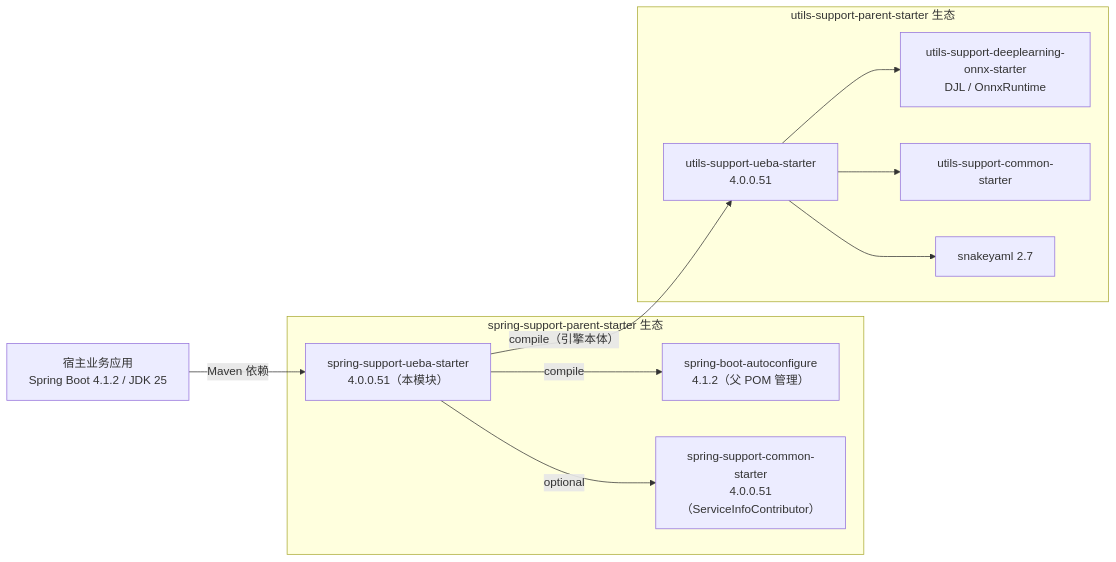
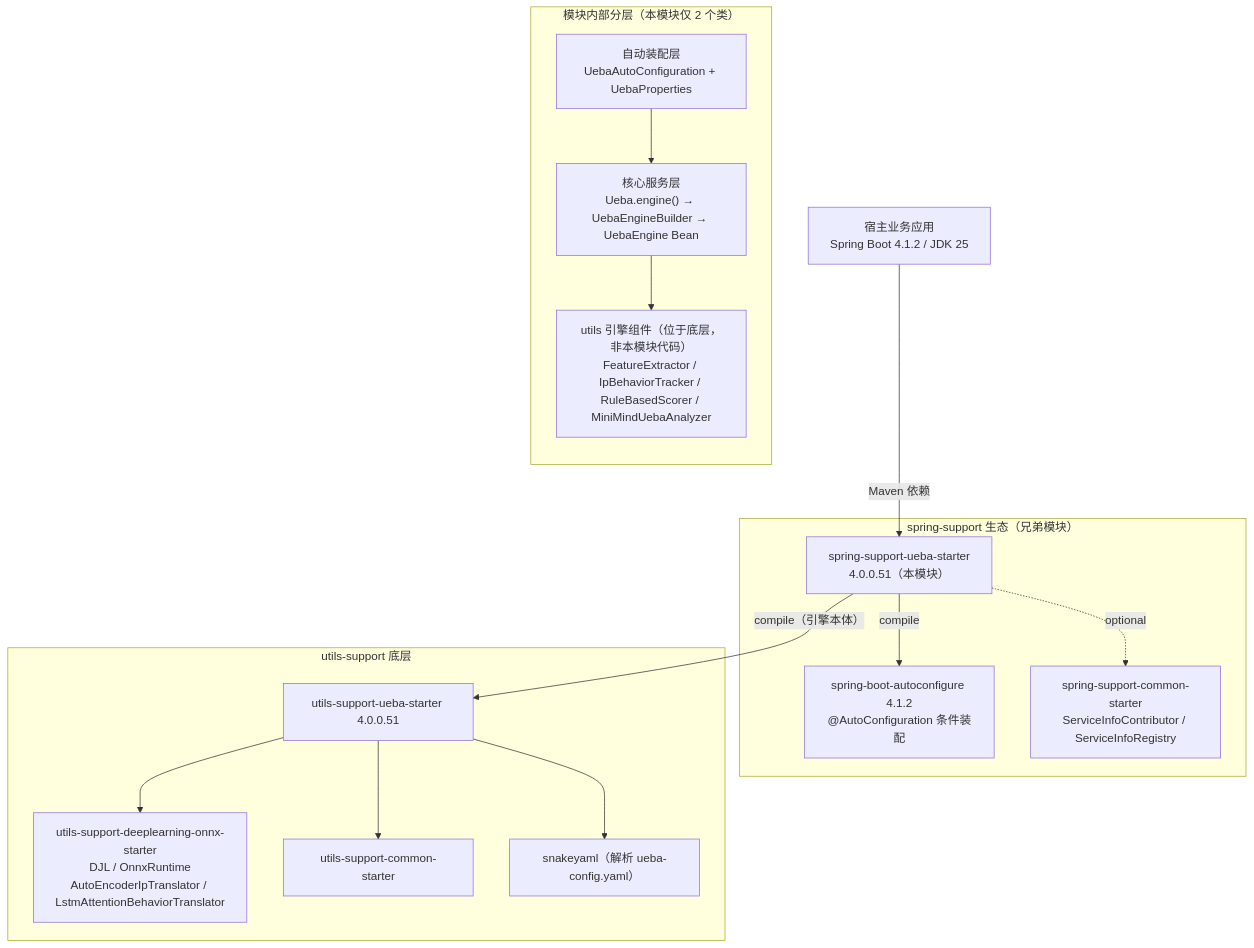
Before and after one commit to CHTK001/spring-support-parent-starter: the first of 2 diagrams in spring-support-ueba-starter/README.md, drawn with Mermaid. The commit also changed other lines of this file and 54 other files, not shown here.

````diff
--- a/spring-support-ueba-starter/README.md
+++ b/spring-support-ueba-starter/README.md
@@ -16,16 +10,22 @@
 ```mermaid
-flowchart LR
+flowchart TB
     HOST["宿主业务应用<br/>Spring Boot 4.1.2 / JDK 25"] -->|"Maven 依赖"| MOD["spring-support-ueba-starter<br/>4.0.0.51（本模块）"]
 
-    subgraph SPRING["spring-support-parent-starter 生态"]
-        MOD -->|"compile"| AC["spring-boot-autoconfigure<br/>4.1.2（父 POM 管理）"]
-        MOD -->|"optional"| COMMON["spring-support-common-starter<br/>4.0.0.51（ServiceInfoContributor）"]
+    subgraph SPRING["spring-support 生态（兄弟模块）"]
+        MOD -->|"compile"| AUTOCONF["spring-boot-autoconfigure 4.1.2<br/>@AutoConfiguration 条件装配"]
+        MOD -.->|"optional"| COMMON["spring-support-common-starter<br/>ServiceInfoContributor / ServiceInfoRegistry"]
     end
 
-    subgraph UTILS["utils-support-parent-starter 生态"]
-        MOD -->|"compile（引擎本体）"| UUEBA["utils-support-ueba-starter<br/>4.0.0.51"]
-        UUEBA --> ONNX["utils-support-deeplearning-onnx-starter<br/>DJL / OnnxRuntime"]
+    subgraph UTILS["utils-support 底层"]
+        MOD -->|"compile（引擎本体）"| UUEBA["utils-support-ueba-starter 4.0.0.51"]
+        UUEBA --> ONNX["utils-support-deeplearning-onnx-starter<br/>DJL / OnnxRuntime<br/>AutoEncoderIpTranslator / LstmAttentionBehaviorTranslator"]
         UUEBA --> UCOMMON["utils-support-common-starter"]
-        UUEBA --> YAML["snakeyaml 2.7"]
+        UUEBA --> YAML["snakeyaml（解析 ueba-config.yaml）"]
+    end
+
+    subgraph INNER["模块内部分层（本模块仅 2 个类）"]
+        direction TB
+        L1["自动装配层<br/>UebaAutoConfiguration + UebaProperties"] --> L2["核心服务层<br/>Ueba.engine() → UebaEngineBuilder → UebaEngine Bean"]
+        L2 --> L3["utils 引擎组件（位于底层，非本模块代码）<br/>FeatureExtractor / IpBehaviorTracker / RuleBasedScorer / MiniMindUebaAnalyzer"]
     end
 ```
````
